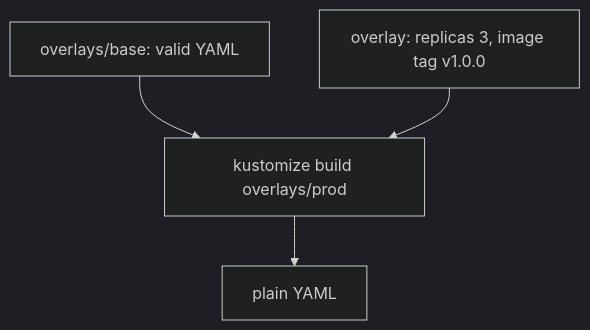
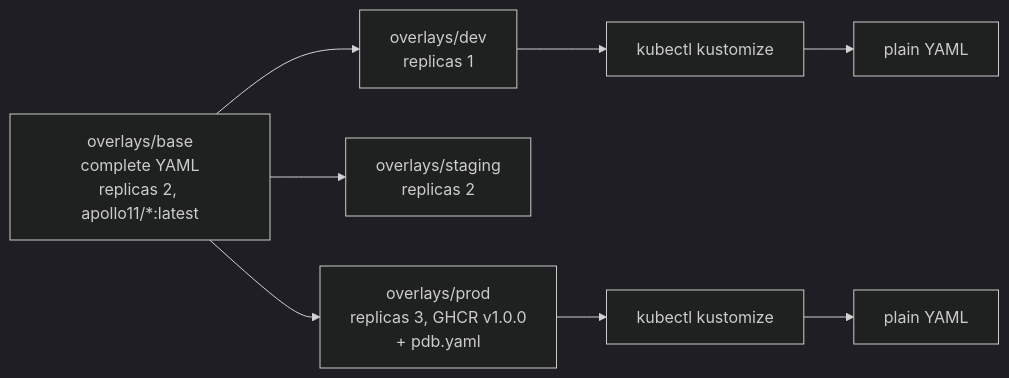
Before and after one commit to darshan-raul/apollo11-docs: the diagram in docs/learn/delivery/kustomize-comparison.md, drawn with Mermaid (dark theme). The commit also changed other lines of this file and 4 other files, not shown here.

````diff
--- a/docs/learn/delivery/kustomize-comparison.md
+++ b/docs/learn/delivery/kustomize-comparison.md
@@ -20,6 +38,8 @@
 ```mermaid
-flowchart TD
-  Base[overlays/base: valid YAML] --> K[kustomize build overlays/prod]
-  Ov["overlay: replicas 3, image tag v1.0.0"] --> K
-  K --> Out[plain YAML]
+flowchart LR
+  Base["overlays/base<br/>complete YAML<br/>replicas 2, apollo11/*:latest"] --> Dev["overlays/dev<br/>replicas 1"]
+  Base --> Stg["overlays/staging<br/>replicas 2"]
+  Base --> Prod["overlays/prod<br/>replicas 3, GHCR v1.0.0<br/>+ pdb.yaml"]
+  Dev --> K1[kubectl kustomize] --> Y1[plain YAML]
+  Prod --> K2[kubectl kustomize] --> Y2[plain YAML]
 ```
````
